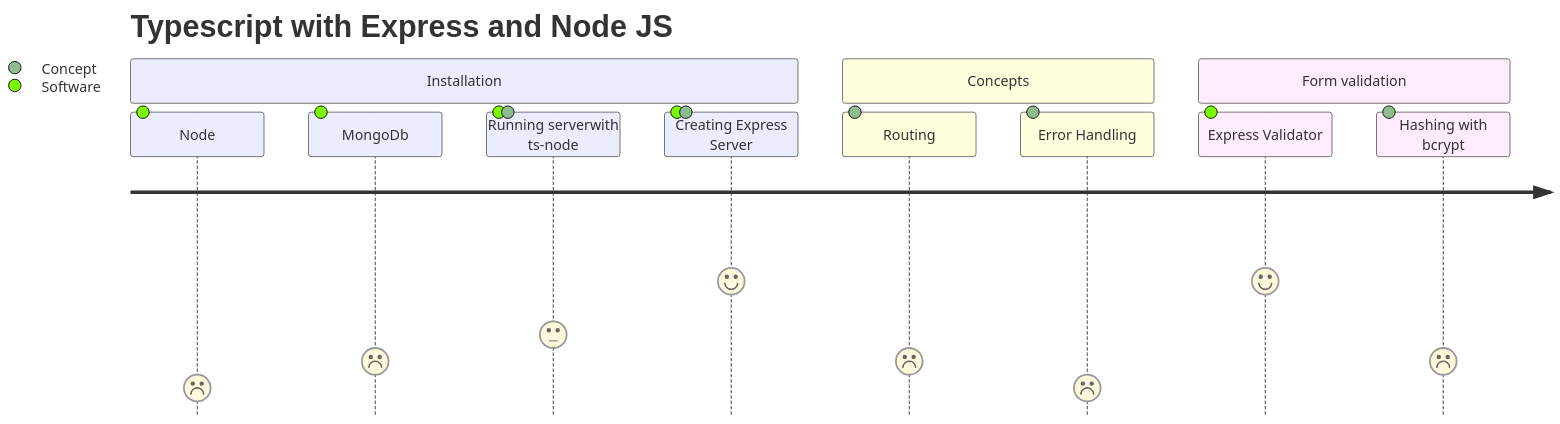
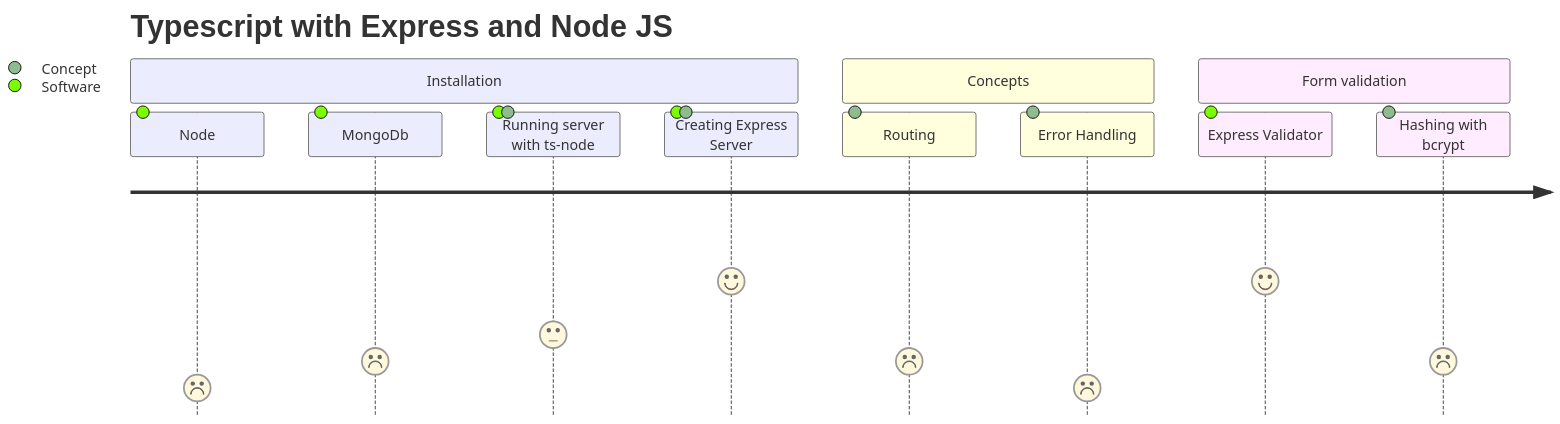
One commit to drsimplegraffiti/typescript-nodejs-mongodb changed the diagram in Readme.md. Above: the diagram before and after it, drawn with Mermaid. The commit also changed other lines of this file, not shown here.

````diff
--- a/Readme.md
+++ b/Readme.md
@@ -3,15 +3,15 @@
 ```mermaid
 journey
 	title Typescript with Express and Node JS
 	section Installation
 		Node: 1: Software
 		MongoDb: 2: Software
-		Running serverwith ts-node: 3: Software, Concept
+		Running server with ts-node: 3: Software, Concept
 		Creating Express Server: 5: Software, Concept
 	section Concepts
 		Routing: 2: Concept
 		Error Handling: 1:  Concept
 	section Form validation
 		Express Validator: 5: Software
 		Hashing with bcrypt: 2: Concept
 ```
````
